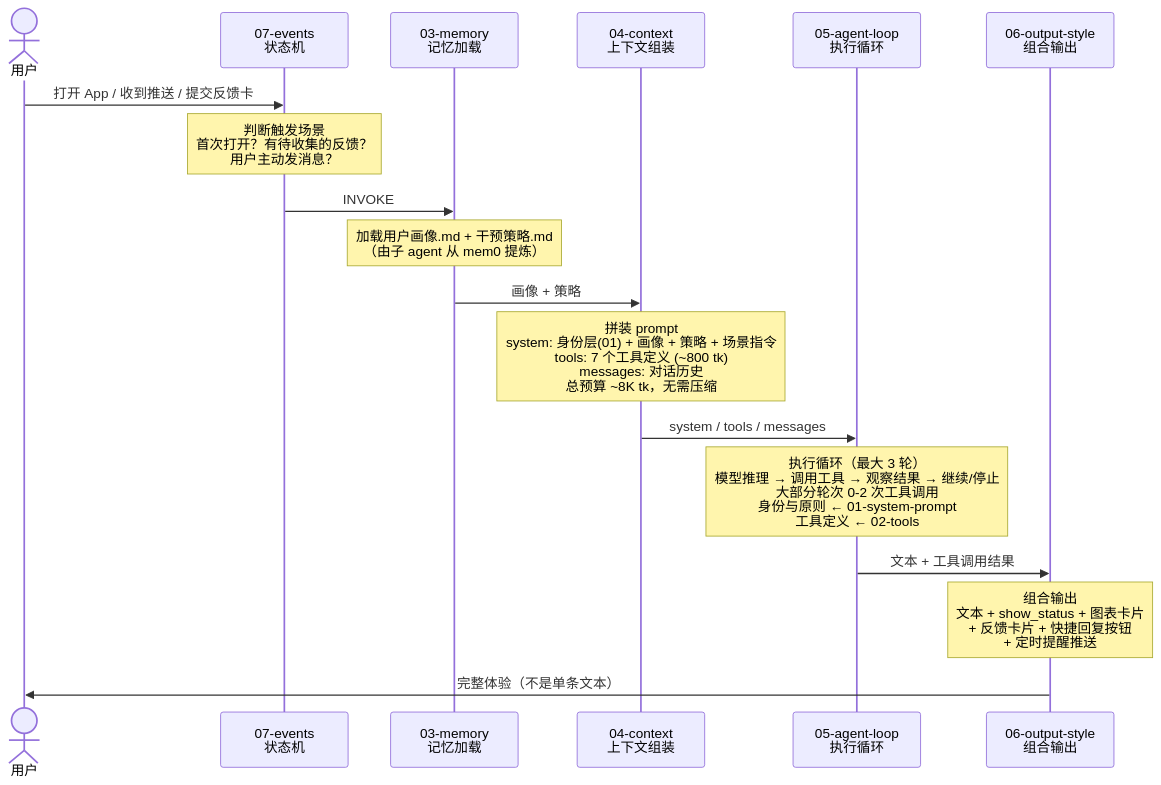
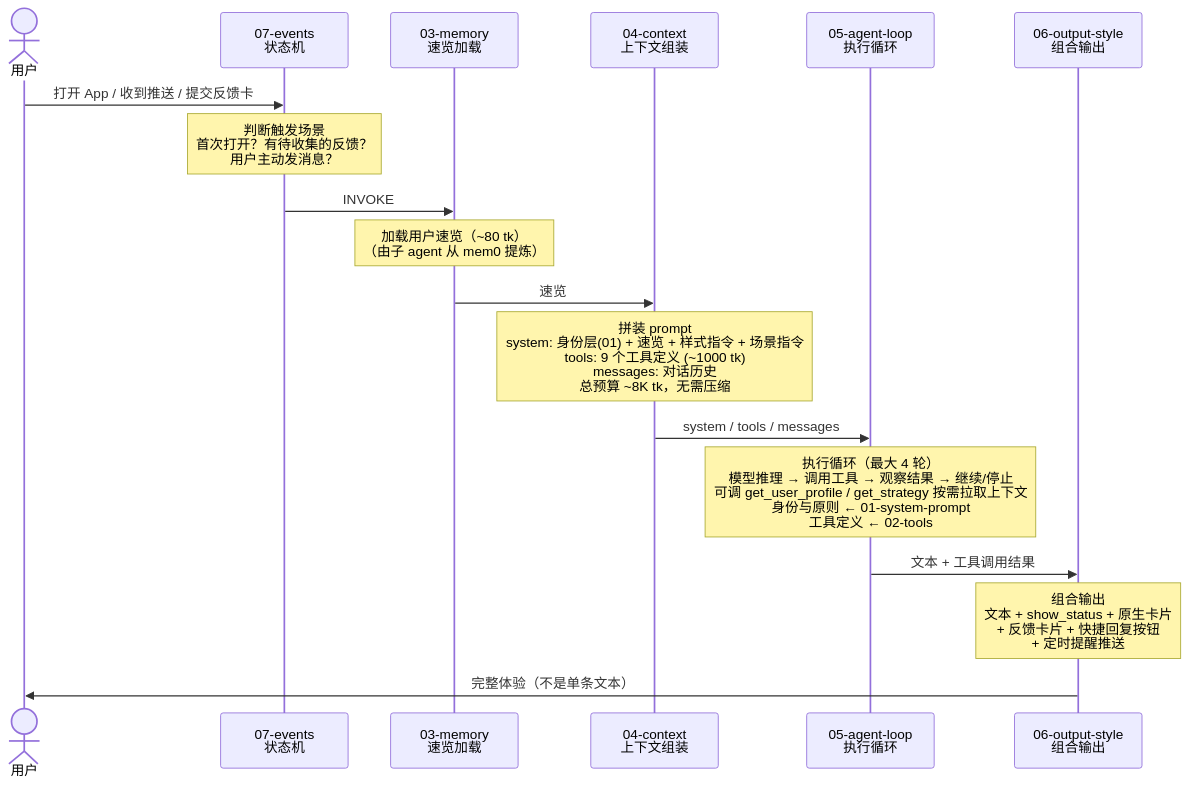
Before and after one commit to Trendolhxh/test: the diagram in isho-agent/README.md, drawn with Mermaid. The commit also changed other lines of this file and 7 other files, not shown here.

Commit message:
docs: restructure agent memory architecture to V3

````diff
--- a/isho-agent/README.md
+++ b/isho-agent/README.md
@@ -20,26 +20,26 @@
 ```mermaid
 sequenceDiagram
     actor 用户
     participant Events as 07-events<br/>状态机
-    participant Memory as 03-memory<br/>记忆加载
+    participant Memory as 03-memory<br/>速览加载
     participant Context as 04-context<br/>上下文组装
     participant AgentLoop as 05-agent-loop<br/>执行循环
     participant Style as 06-output-style<br/>组合输出
 
     用户->>Events: 打开 App / 收到推送 / 提交反馈卡
     Note over Events: 判断触发场景<br/>首次打开？有待收集的反馈？<br/>用户主动发消息？
 
     Events->>Memory: INVOKE
-    Note over Memory: 加载用户画像.md + 干预策略.md<br/>（由子 agent 从 mem0 提炼）
+    Note over Memory: 加载用户速览（~80 tk）<br/>（由子 agent 从 mem0 提炼）
 
-    Memory->>Context: 画像 + 策略
-    Note over Context: 拼装 prompt<br/>system: 身份层(01) + 画像 + 策略 + 场景指令<br/>tools: 7 个工具定义 (~800 tk)<br/>messages: 对话历史<br/>总预算 ~8K tk，无需压缩
+    Memory->>Context: 速览
+    Note over Context: 拼装 prompt<br/>system: 身份层(01) + 速览 + 样式指令 + 场景指令<br/>tools: 9 个工具定义 (~1000 tk)<br/>messages: 对话历史<br/>总预算 ~8K tk，无需压缩
 
     Context->>AgentLoop: system / tools / messages
-    Note over AgentLoop: 执行循环（最大 3 轮）<br/>模型推理 → 调用工具 → 观察结果 → 继续/停止<br/>大部分轮次 0-2 次工具调用<br/>身份与原则 ← 01-system-prompt<br/>工具定义 ← 02-tools
+    Note over AgentLoop: 执行循环（最大 4 轮）<br/>模型推理 → 调用工具 → 观察结果 → 继续/停止<br/>可调 get_user_profile / get_strategy 按需拉取上下文<br/>身份与原则 ← 01-system-prompt<br/>工具定义 ← 02-tools
 
     AgentLoop->>Style: 文本 + 工具调用结果
-    Note over Style: 组合输出<br/>文本 + show_status + 图表卡片<br/>+ 反馈卡片 + 快捷回复按钮<br/>+ 定时提醒推送
+    Note over Style: 组合输出<br/>文本 + show_status + 原生卡片<br/>+ 反馈卡片 + 快捷回复按钮<br/>+ 定时提醒推送
 
     Style->>用户: 完整体验（不是单条文本）
 ```
````
